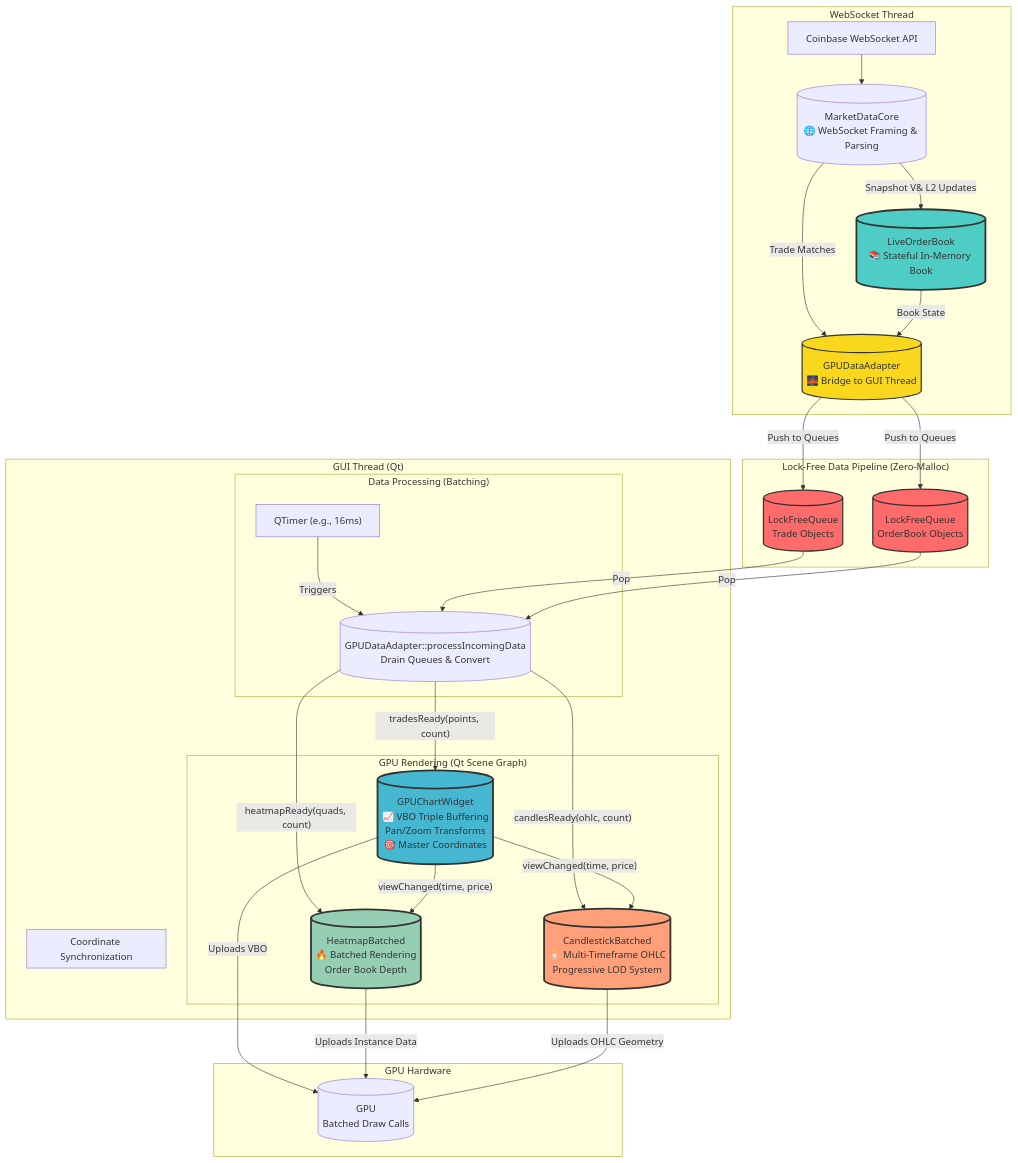
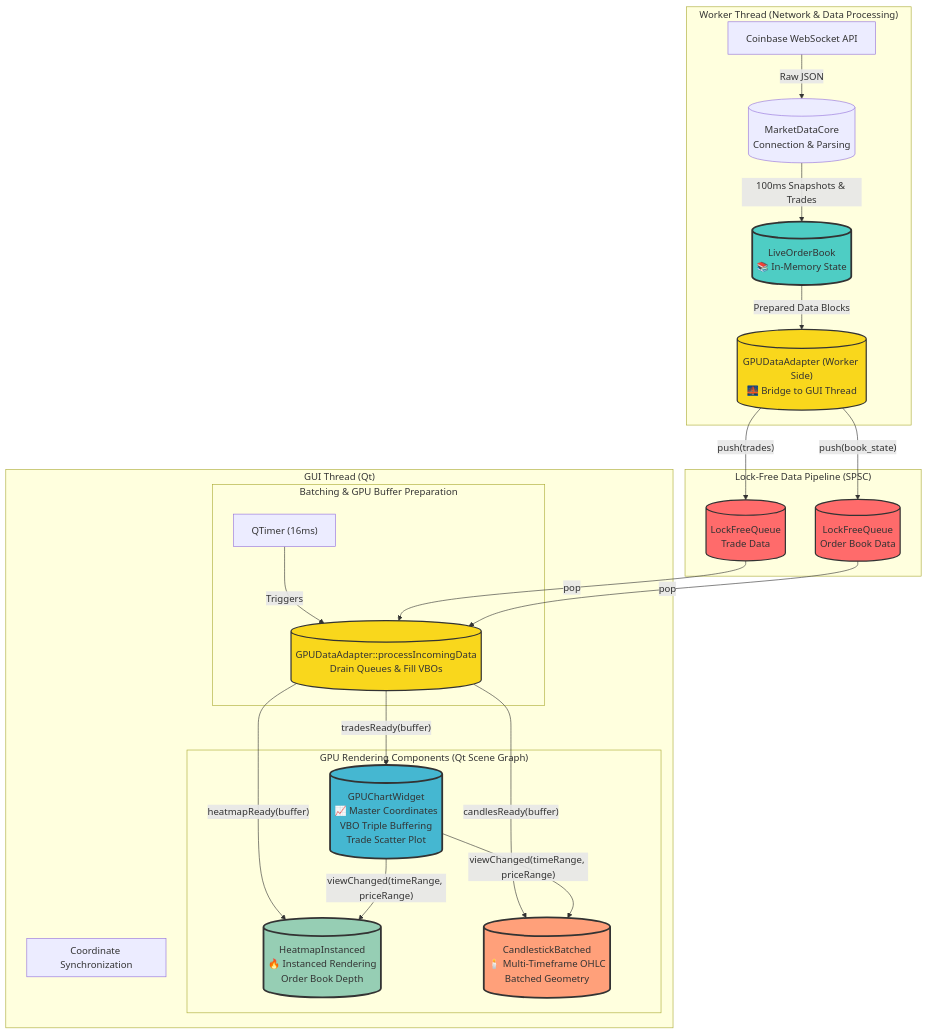
The diagram in docs/02_ARCHITECTURE.md (pattty847/Sentinel), drawn with Mermaid before and after one commit. The commit also changed other lines of this file and 37 other files, not shown here.

Commit message:
Updated architecture documentation

````diff
--- a/docs/02_ARCHITECTURE.md
+++ b/docs/02_ARCHITECTURE.md
@@ -3,51 +46,45 @@
 ```mermaid
 graph TD
-    subgraph "WebSocket Thread"
-        WS["Coinbase WebSocket API"] --> CORE[("MarketDataCore<br>🌐 WebSocket Framing & Parsing")];
-        CORE -- "Snapshot  V& L2 Updates" --> LOB[("LiveOrderBook<br>📚 Stateful In-Memory Book")];
-        CORE -- "Trade Matches" --> ADAPTER[("GPUDataAdapter<br>🌉 Bridge to GUI Thread")];
-        LOB -- "Book State" --> ADAPTER;
+    subgraph "Worker Thread (Network & Data Processing)"
+        WS["Coinbase WebSocket API"] -->|Raw JSON| CORE[("MarketDataCore<br>Connection & Parsing")];
+        CORE -- "100ms Snapshots & Trades" --> LOB[("LiveOrderBook<br>📚 In-Memory State")];
+        LOB -- "Prepared Data Blocks" --> ADAPTER_WORKER[("GPUDataAdapter (Worker Side)<br>🌉 Bridge to GUI Thread")];
     end
 
-    subgraph "Lock-Free Data Pipeline (Zero-Malloc)"
-        ADAPTER -- "Push to Queues" --> TRADES_Q[("LockFreeQueue<br>Trade Objects")];
-        ADAPTER -- "Push to Queues" --> BOOK_Q[("LockFreeQueue<br>OrderBook Objects")];
+    subgraph "Lock-Free Data Pipeline (SPSC)"
+        ADAPTER_WORKER -- "push(trades)" --> TRADES_Q[("LockFreeQueue<br>Trade Data")];
+        ADAPTER_WORKER -- "push(book_state)" --> BOOK_Q[("LockFreeQueue<br>Order Book Data")];
     end
 
     subgraph "GUI Thread (Qt)"
-        subgraph "Data Processing (Batching)"
-            PROC_TIMER["QTimer (e.g., 16ms)"] --> |"Triggers"| BATCH_PROC[("GPUDataAdapter::processIncomingData<br>Drain Queues & Convert")];
-            TRADES_Q --> |"Pop"| BATCH_PROC;
-            BOOK_Q --> |"Pop"| BATCH_PROC;
+        subgraph "Batching & GPU Buffer Preparation"
+            PROC_TIMER["QTimer (16ms)"] --> |Triggers| ADAPTER_GUI[("GPUDataAdapter::processIncomingData<br>Drain Queues & Fill VBOs")];
+            TRADES_Q --> |"pop"| ADAPTER_GUI;
+            BOOK_Q --> |"pop"| ADAPTER_GUI;
         end
 
-        subgraph "GPU Rendering (Qt Scene Graph)"
-            GPU_CHART[("GPUChartWidget<br>📈 VBO Triple Buffering<br>Pan/Zoom Transforms<br>🎯 Master Coordinates")];
-            HEATMAP[("HeatmapBatched<br>🔥 Batched Rendering<br>Order Book Depth")];
-            CANDLES[("CandlestickBatched<br>🕯️ Multi-Timeframe OHLC<br>Progressive LOD System")];
+        subgraph "GPU Rendering Components (Qt Scene Graph)"
+            GPU_CHART[("GPUChartWidget<br>📈 Master Coordinates<br>VBO Triple Buffering<br>Trade Scatter Plot")];
+            HEATMAP[("HeatmapInstanced<br>🔥 Instanced Rendering<br>Order Book Depth")];
+            CANDLES[("CandlestickBatched<br>🕯️ Multi-Timeframe OHLC<br>Batched Geometry")];
         end
 
-        BATCH_PROC -- "tradesReady(points, count)" --> GPU_CHART;
-        BATCH_PROC -- "heatmapReady(quads, count)" --> HEATMAP;
-        BATCH_PROC -- "candlesReady(ohlc, count)" --> CANDLES;
+        ADAPTER_GUI -- "tradesReady(buffer)" --> GPU_CHART;
+        ADAPTER_GUI -- "heatmapReady(buffer)" --> HEATMAP;
+        ADAPTER_GUI -- "candlesReady(buffer)" --> CANDLES;
 
         subgraph "Coordinate Synchronization"
-            GPU_CHART -- "viewChanged(time, price)" --> HEATMAP;
-            GPU_CHART -- "viewChanged(time, price)" --> CANDLES;
+            GPU_CHART -- "viewChanged(timeRange, priceRange)" --> HEATMAP;
+            GPU_CHART -- "viewChanged(timeRange, priceRange)" --> CANDLES;
         end
     end
 
-    subgraph "GPU Hardware"
-        GPU_CHART -- "Uploads VBO" --> GPU[("GPU<br>Batched Draw Calls")];
-        HEATMAP -- "Uploads Instance Data" --> GPU;
-        CANDLES -- "Uploads OHLC Geometry" --> GPU;
-    end
-
     style LOB fill:#4ECDC4,stroke:#333,stroke-width:3px
-    style ADAPTER fill:#f9d71c,stroke:#333,stroke-width:2px
+    style ADAPTER_WORKER fill:#f9d71c,stroke:#333,stroke-width:2px
+    style ADAPTER_GUI fill:#f9d71c,stroke:#333,stroke-width:2px
     style TRADES_Q fill:#FF6B6B,stroke:#333,stroke-width:2px
     style BOOK_Q fill:#FF6B6B,stroke:#333,stroke-width:2px
     style GPU_CHART fill:#45B7D1,stroke:#333,stroke-width:3px
     style HEATMAP fill:#96CEB4,stroke:#333,stroke-width:3px
     style CANDLES fill:#FFA07A,stroke:#333,stroke-width:3px
 ```
````
